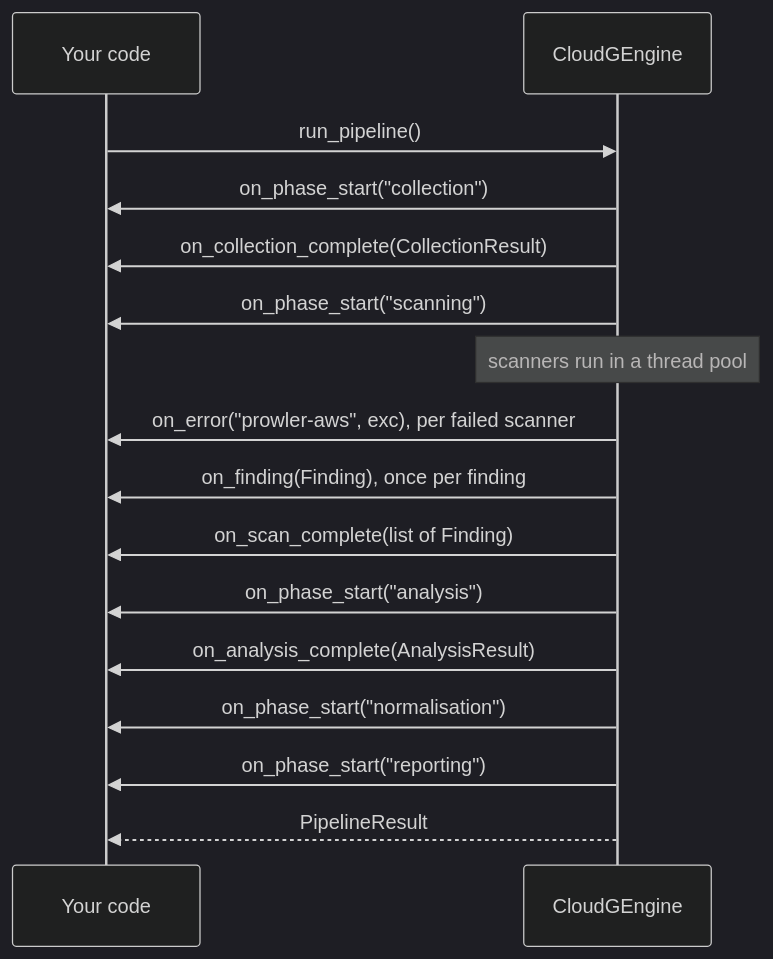
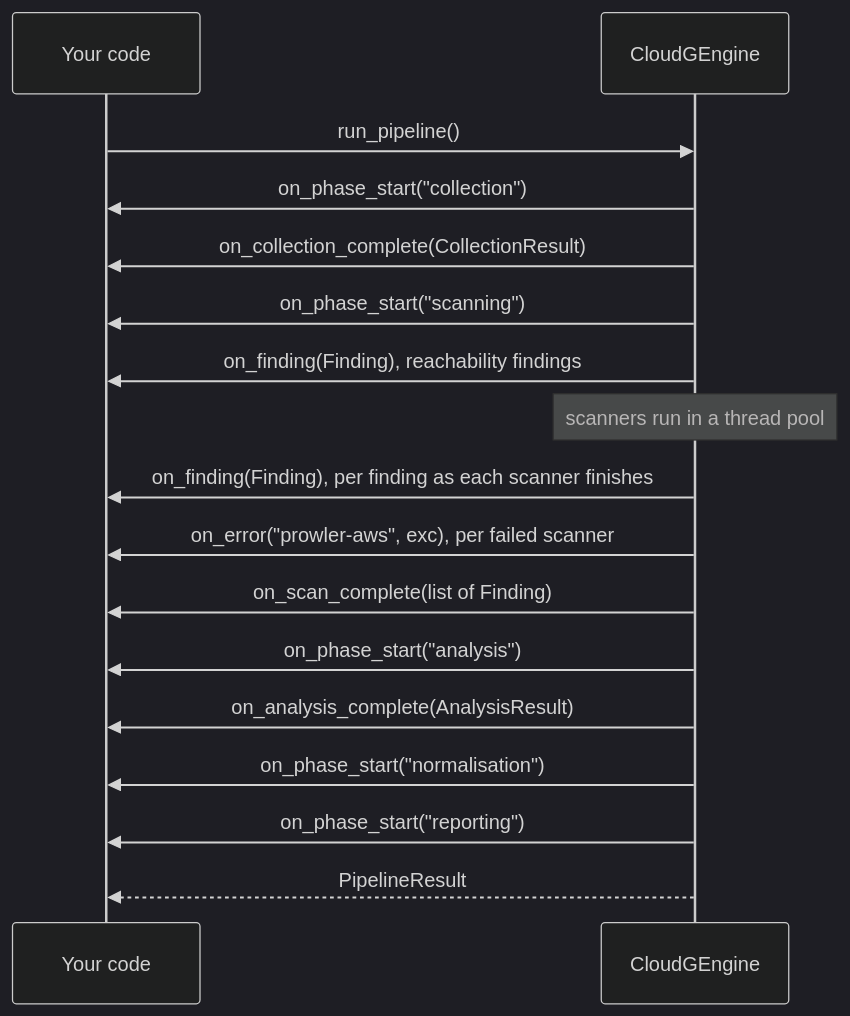
One commit to morpheuslord/cloudg changed the diagram in site/content/api/event-hooks.md. Above: the diagram before and after it, drawn with Mermaid (dark theme). The commit also changed other lines of this file and 51 other files, not shown here.

````diff
--- a/site/content/api/event-hooks.md
+++ b/site/content/api/event-hooks.md
@@ -33,18 +33,19 @@
 ```mermaid caption="Hook calls during run_pipeline()"
 sequenceDiagram
   participant App as Your code
   participant E as CloudGEngine
   App->>E: run_pipeline()
   E->>App: on_phase_start("collection")
   E->>App: on_collection_complete(CollectionResult)
   E->>App: on_phase_start("scanning")
+  E->>App: on_finding(Finding), reachability findings
   Note over E: scanners run in a thread pool
+  E->>App: on_finding(Finding), per finding as each scanner finishes
   E->>App: on_error("prowler-aws", exc), per failed scanner
-  E->>App: on_finding(Finding), once per finding
   E->>App: on_scan_complete(list of Finding)
   E->>App: on_phase_start("analysis")
   E->>App: on_analysis_complete(AnalysisResult)
   E->>App: on_phase_start("normalisation")
   E->>App: on_phase_start("reporting")
   E-->>App: PipelineResult
 ```
````
